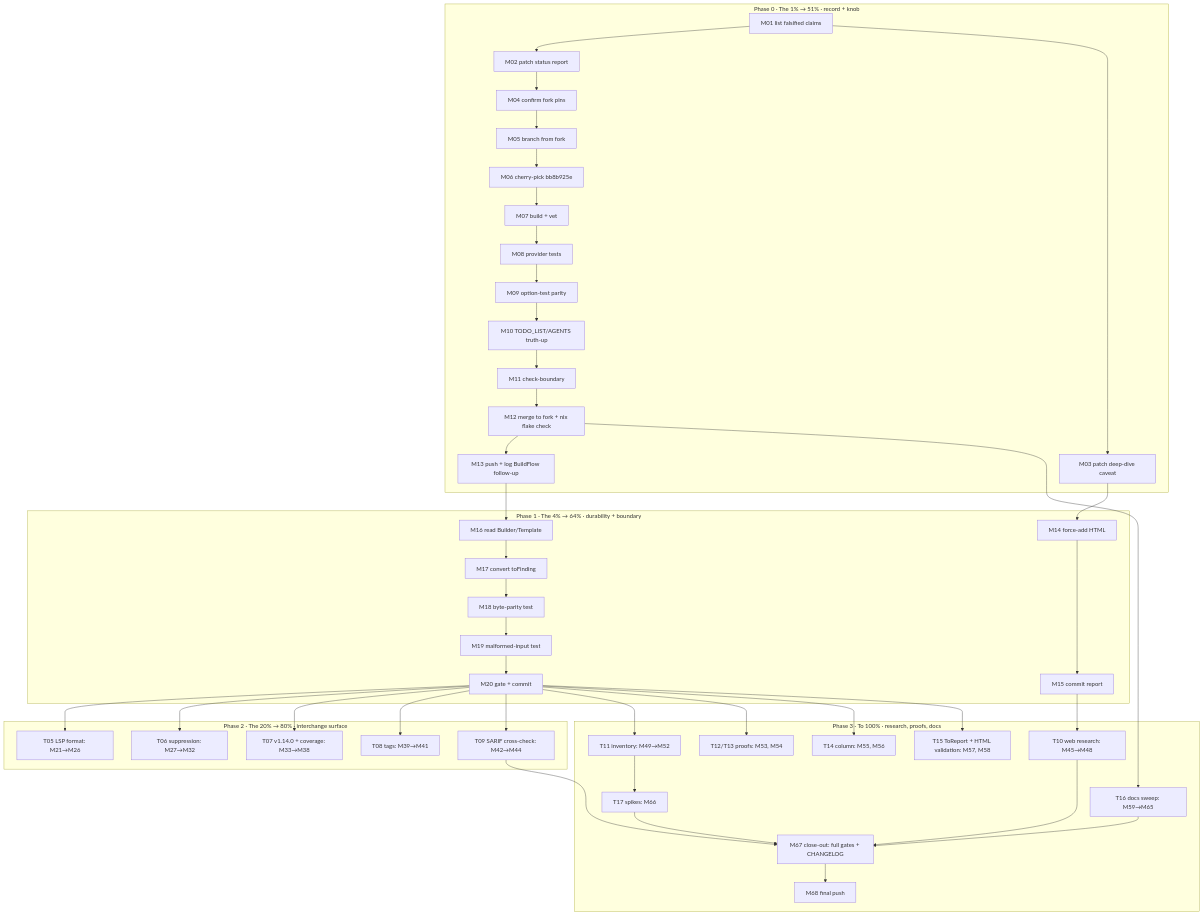
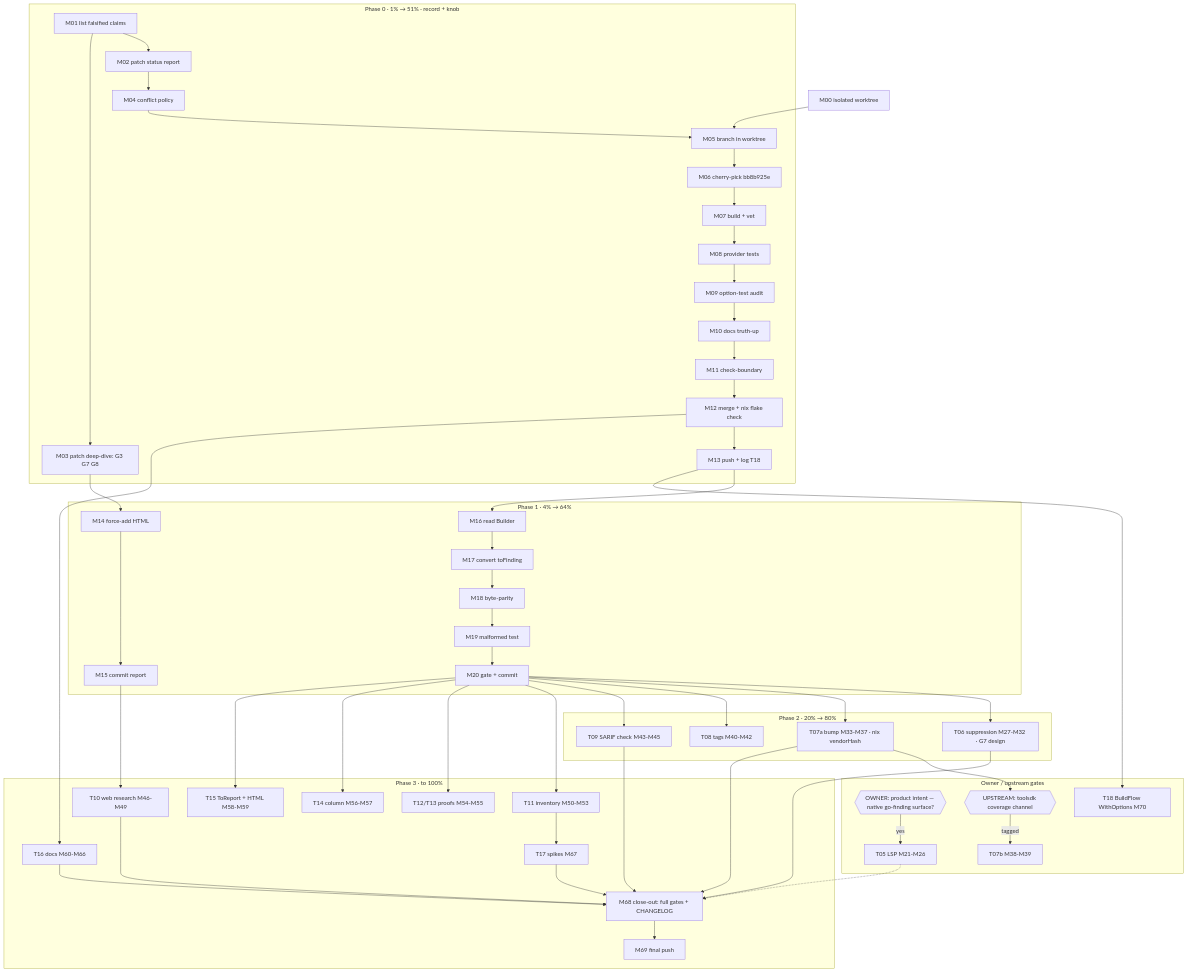
Before and after one commit to LarsArtmann/art-dupl: the diagram in docs/planning/2026-10-05_15-45_go-finding-remediation-superb.md, drawn with Mermaid. The commit also changed other lines of this file, not shown here.

First line of the commit message:
plan: go-finding remediation rev 2 — falsified assumptions fixed, gates added

````diff
--- a/docs/planning/2026-10-05_15-45_go-finding-remediation-superb.md
+++ b/docs/planning/2026-10-05_15-45_go-finding-remediation-superb.md
@@ -219,50 +218,53 @@
 ```mermaid
 flowchart TD
-    subgraph P0["Phase 0 · The 1% → 51% · record + knob"]
+    M00[M00 isolated worktree] --> M05
+    subgraph P0["Phase 0 · 1% → 51% · record + knob"]
         M01[M01 list falsified claims] --> M02[M02 patch status report]
-        M01 --> M03[M03 patch deep-dive caveat]
-        M02 --> M04[M04 confirm fork pins]
-        M04 --> M05[M05 branch from fork]
+        M01 --> M03[M03 patch deep-dive: G3 G7 G8]
+        M02 --> M04[M04 conflict policy]
+        M04 --> M05[M05 branch in worktree]
         M05 --> M06[M06 cherry-pick bb8b925e]
-        M06 --> M07[M07 build + vet]
-        M07 --> M08[M08 provider tests]
-        M08 --> M09[M09 option-test parity]
-        M09 --> M10[M10 TODO_LIST/AGENTS truth-up]
-        M10 --> M11[M11 check-boundary]
-        M11 --> M12[M12 merge to fork + nix flake check]
-        M12 --> M13[M13 push + log BuildFlow follow-up]
+        M06 --> M07[M07 build + vet] --> M08[M08 provider tests]
+        M08 --> M09[M09 option-test audit] --> M10[M10 docs truth-up]
+        M10 --> M11[M11 check-boundary] --> M12[M12 merge + nix flake check]
+        M12 --> M13[M13 push + log T18]
     end
 
-    subgraph P1["Phase 1 · The 4% → 64% · durability + boundary"]
-        M03 --> M14[M14 force-add HTML]
-        M14 --> M15[M15 commit report]
-        M13 --> M16[M16 read Builder/Template]
-        M16 --> M17[M17 convert toFinding]
-        M17 --> M18[M18 byte-parity test]
-        M18 --> M19[M19 malformed-input test]
+    subgraph P1["Phase 1 · 4% → 64%"]
+        M03 --> M14[M14 force-add HTML] --> M15[M15 commit report]
+        M13 --> M16[M16 read Builder] --> M17[M17 convert toFinding]
+        M17 --> M18[M18 byte-parity] --> M19[M19 malformed test]
         M19 --> M20[M20 gate + commit]
     end
 
-    subgraph P2["Phase 2 · The 20% → 80% · interchange surface"]
-        M20 --> LSP[T05 LSP format: M21→M26]
-        M20 --> SUP[T06 suppression: M27→M32]
-        M20 --> COV[T07 v1.14.0 + coverage: M33→M38]
-        M20 --> TAG[T08 tags: M39→M41]
-        M20 --> SAR[T09 SARIF cross-check: M42→M44]
+    subgraph P2["Phase 2 · 20% → 80%"]
+        M20 --> SUP[T06 suppression M27-M32 · G7 design]
+        M20 --> BUMP[T07a bump M33-M37 · nix vendorHash]
+        M20 --> TAG[T08 tags M40-M42]
+        M20 --> SAR[T09 SARIF check M43-M45]
     end
 
-    subgraph P3["Phase 3 · To 100% · research, proofs, docs"]
-        M15 --> RES[T10 web research: M45→M48]
-        M20 --> INV[T11 inventory: M49→M52]
-        M20 --> PRF[T12/T13 proofs: M53, M54]
-        M20 --> COL[T14 column: M55, M56]
-        M20 --> DSP[T15 ToReport + HTML validation: M57, M58]
-        M12 --> DOC[T16 docs sweep: M59→M65]
-        INV --> SPK[T17 spikes: M66]
-        RES --> FIN[M67 close-out: full gates + CHANGELOG]
+    subgraph GATE["Owner / upstream gates"]
+        Q1{{OWNER: product intent — native go-finding surface?}} -->|yes| LSP[T05 LSP M21-M26]
+        BUMP --> Q2{{UPSTREAM: toolsdk coverage channel}} -->|tagged| COV[T07b M38-M39]
+        M13 --> BF[T18 BuildFlow WithOptions M70]
+    end
+
+    subgraph P3["Phase 3 · to 100%"]
+        M15 --> RES[T10 web research M46-M49]
+        M20 --> INV[T11 inventory M50-M53]
+        M20 --> PRF[T12/T13 proofs M54-M55]
+        M20 --> COL[T14 column M56-M57]
+        M20 --> DSP[T15 ToReport + HTML M58-M59]
+        M12 --> DOC[T16 docs M60-M66]
+        INV --> SPK[T17 spikes M67]
+        RES --> FIN[M68 close-out: full gates + CHANGELOG]
         SPK --> FIN
         DOC --> FIN
         SAR --> FIN
-        FIN --> M68[M68 final push]
+        SUP --> FIN
+        BUMP --> FIN
+        LSP -.-> FIN
+        FIN --> M69[M69 final push]
     end
 ```
````
